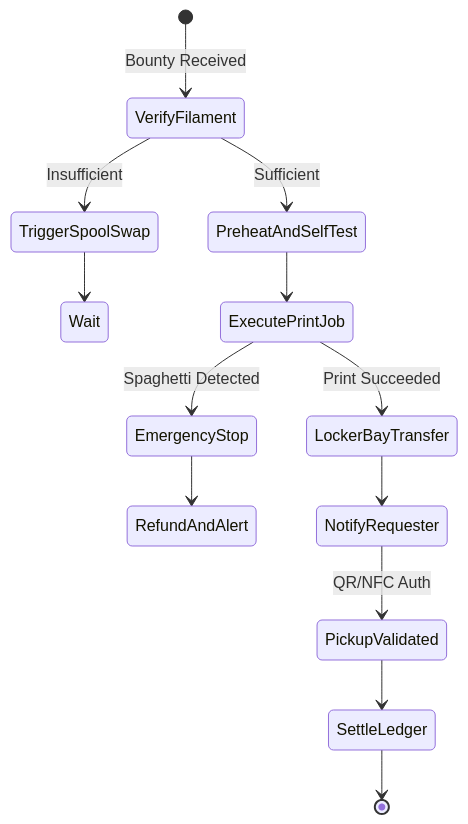
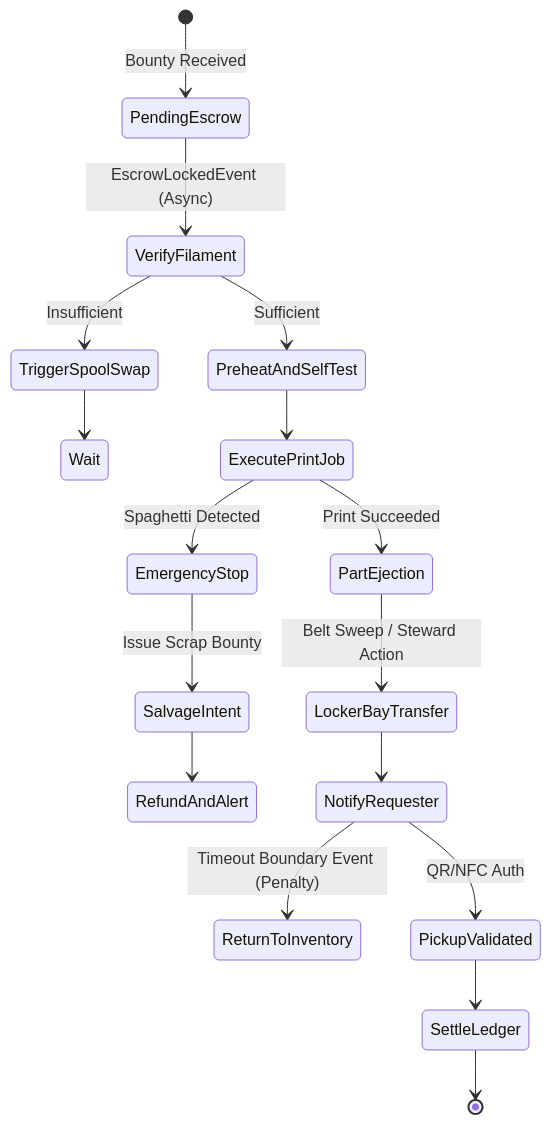
Before and after one commit to raffaine/collective: the second of 4 diagrams in docs/scenarios/alpha_fabrication.md, drawn with Mermaid. The commit also changed other lines of this file and 62 other files, not shown here.

First line of the commit message:
feat(sprint-1): Oasis V4 WebGPU Engine & Sovereign Stack V2 Architecture

````diff
--- a/docs/scenarios/alpha_fabrication.md
+++ b/docs/scenarios/alpha_fabrication.md
@@ -58,15 +59,19 @@
 ```mermaid
 stateDiagram-v2
-    [*] --> VerifyFilament: Bounty Received
+    [*] --> PendingEscrow: Bounty Received
+    PendingEscrow --> VerifyFilament: EscrowLockedEvent (Async)
     VerifyFilament --> TriggerSpoolSwap: Insufficient
     TriggerSpoolSwap --> Wait
     VerifyFilament --> PreheatAndSelfTest: Sufficient
     PreheatAndSelfTest --> ExecutePrintJob
     ExecutePrintJob --> EmergencyStop: Spaghetti Detected
-    EmergencyStop --> RefundAndAlert
-    ExecutePrintJob --> LockerBayTransfer: Print Succeeded
+    EmergencyStop --> SalvageIntent: Issue Scrap Bounty
+    SalvageIntent --> RefundAndAlert
+    ExecutePrintJob --> PartEjection: Print Succeeded
+    PartEjection --> LockerBayTransfer: Belt Sweep / Steward Action
     LockerBayTransfer --> NotifyRequester
+    NotifyRequester --> ReturnToInventory: Timeout Boundary Event (Penalty)
     NotifyRequester --> PickupValidated: QR/NFC Auth
     PickupValidated --> SettleLedger
     SettleLedger --> [*]
 ```
````
